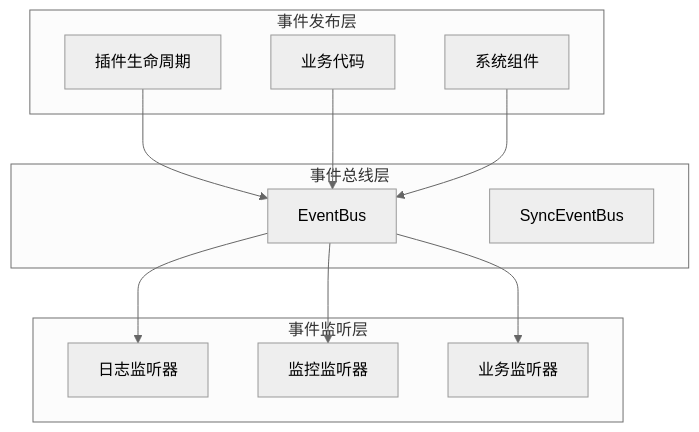
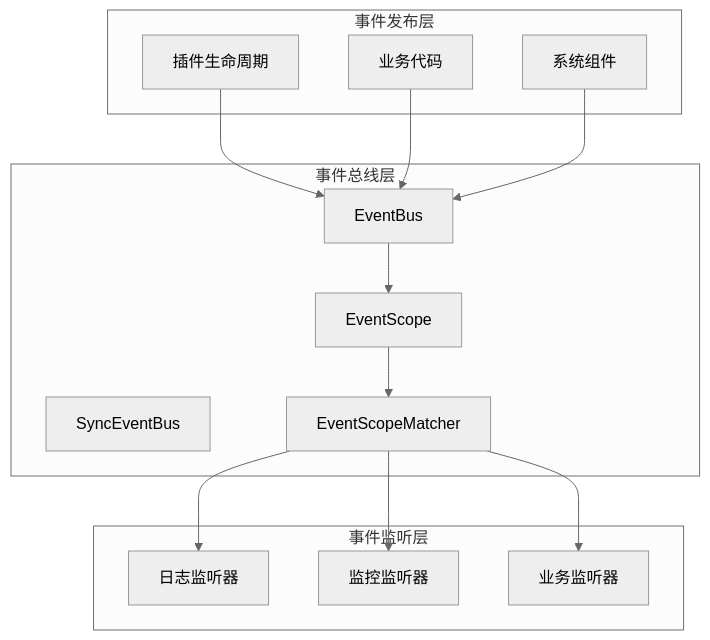
Before and after one commit to XingXuan-Sivan/nexus-admin: the diagram in docs/developer-guid/设计文档/事件系统.md, drawn with Mermaid (neutral theme). The commit also changed other lines of this file and 13 other files, not shown here.

````diff
--- a/docs/developer-guid/设计文档/事件系统.md
+++ b/docs/developer-guid/设计文档/事件系统.md
@@ -31,26 +33,30 @@
 ```mermaid
 graph TD
     subgraph 事件发布层
         P1[插件生命周期]
         P2[业务代码]
         P3[系统组件]
     end
 
     subgraph 事件总线层
         EB[EventBus]
         SE[SyncEventBus]
+        ES[EventScope]
+        ESM[EventScopeMatcher]
     end
 
     subgraph 事件监听层
         L1[日志监听器]
         L2[监控监听器]
         L3[业务监听器]
     end
 
     P1 --> EB
     P2 --> EB
     P3 --> EB
-    EB --> L1
-    EB --> L2
-    EB --> L3
+    EB --> ES
+    ES --> ESM
+    ESM --> L1
+    ESM --> L2
+    ESM --> L3
 ```
````
